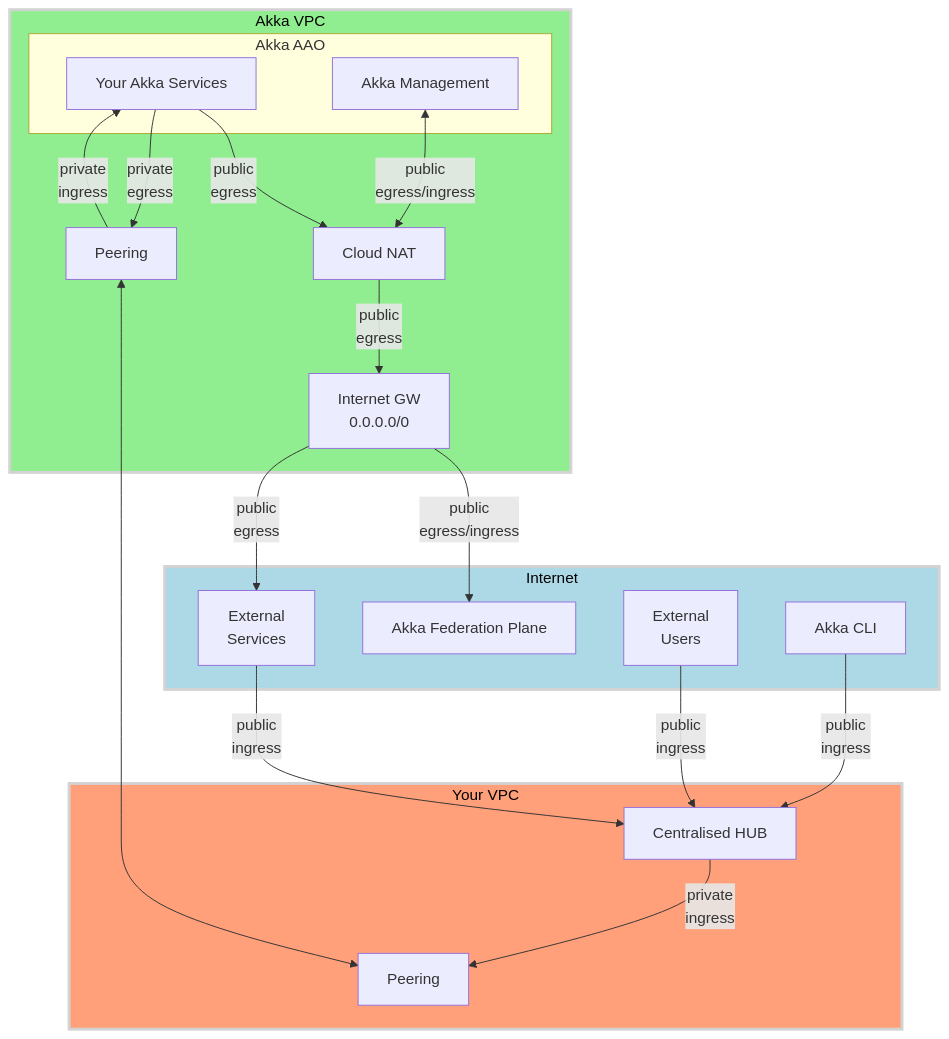
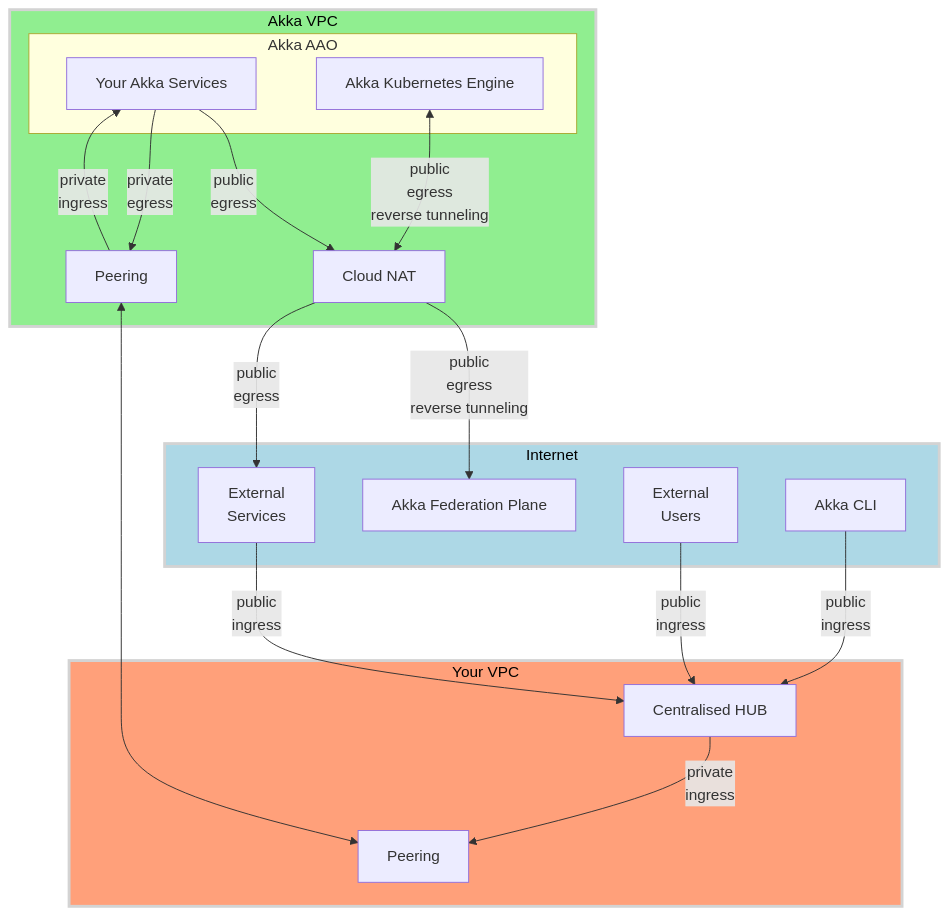
One commit to aklikic/aao changed the second of 3 diagrams in hub-and-spoke.md. Above: the diagram before and after it, drawn with Mermaid. The commit also changed other lines of this file, not shown here.

````diff
--- a/hub-and-spoke.md
+++ b/hub-and-spoke.md
@@ -84,50 +85,50 @@
 ```mermaid
 ---
 config:
   theme: mc
   look: classic
 ---
 graph TB
 
     subgraph CUSTOMER_VPC[Your VPC]
         CUST_PEERING[Peering]
         HUB[Centralised HUB]
     end
 
     subgraph INT[Internet]
         AKKA_FED_PLAN[Akka Federation Plane]
         INT_SRVS[External<br>Services]
         USER[External<br>Users]
         ADMIN[Akka CLI]
     end
 
     subgraph AKKA_VPC[Akka VPC]
         subgraph AAO[Akka AAO]
             SRVS[Your Akka Services]
-            AKKA_MGMT[Akka Management]
+            AKKA_K8S[Akka Kubernetes Engine]
         end
         CLOUD_NAT[Cloud NAT]
-        INT_GW[Internet GW<br>0.0.0.0/0]
+%%        INT_GW[Internet GW<br>0.0.0.0/0]
         AKKA_PEERING[Peering]
     end
 
-    AKKA_MGMT <--> |public<br>egress/ingress| CLOUD_NAT
-    CLOUD_NAT --> |public<br>egress| INT_GW
-    INT_GW --> |public<br>egress/ingress| AKKA_FED_PLAN
-    INT_GW --> |public<br>egress| INT_SRVS
+    AKKA_K8S <--> |public<br>egress<br>reverse tunneling| CLOUD_NAT
+%%    CLOUD_NAT --> |public<br>egress| INT_GW
+    CLOUD_NAT --> |public<br>egress<br>reverse tunneling| AKKA_FED_PLAN
+    CLOUD_NAT --> |public<br>egress| INT_SRVS
     SRVS --> |public<br>egress| CLOUD_NAT
 
     SRVS --> |private<br>egress| AKKA_PEERING
     AKKA_PEERING <--> CUST_PEERING
 
     ADMIN --> |public<br>ingress|HUB
 
     INT_SRVS --> |public<br>ingress|HUB
     USER --> |public<br>ingress|HUB
     HUB --> |private<br>ingress|CUST_PEERING
     AKKA_PEERING --> |private<br>ingress|SRVS
 
     style INT fill:lightblue,stroke:lightgray,stroke-width:3px,color:black
     style AKKA_VPC fill:lightgreen,stroke:lightgray,stroke-width:3px,color:black
     style CUSTOMER_VPC fill:lightsalmon,stroke:lightgray,stroke-width:3px,color:black
 ```
````
